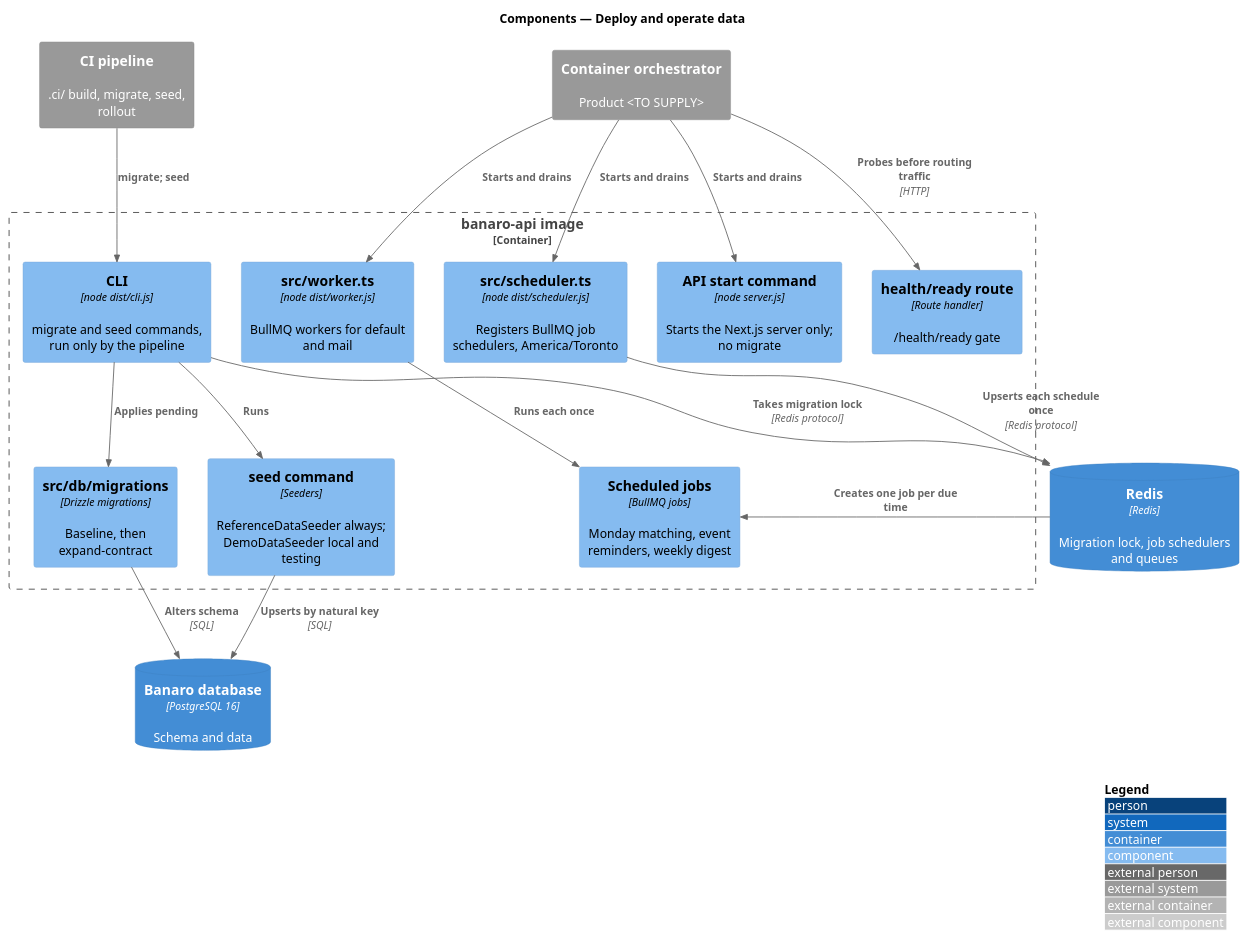
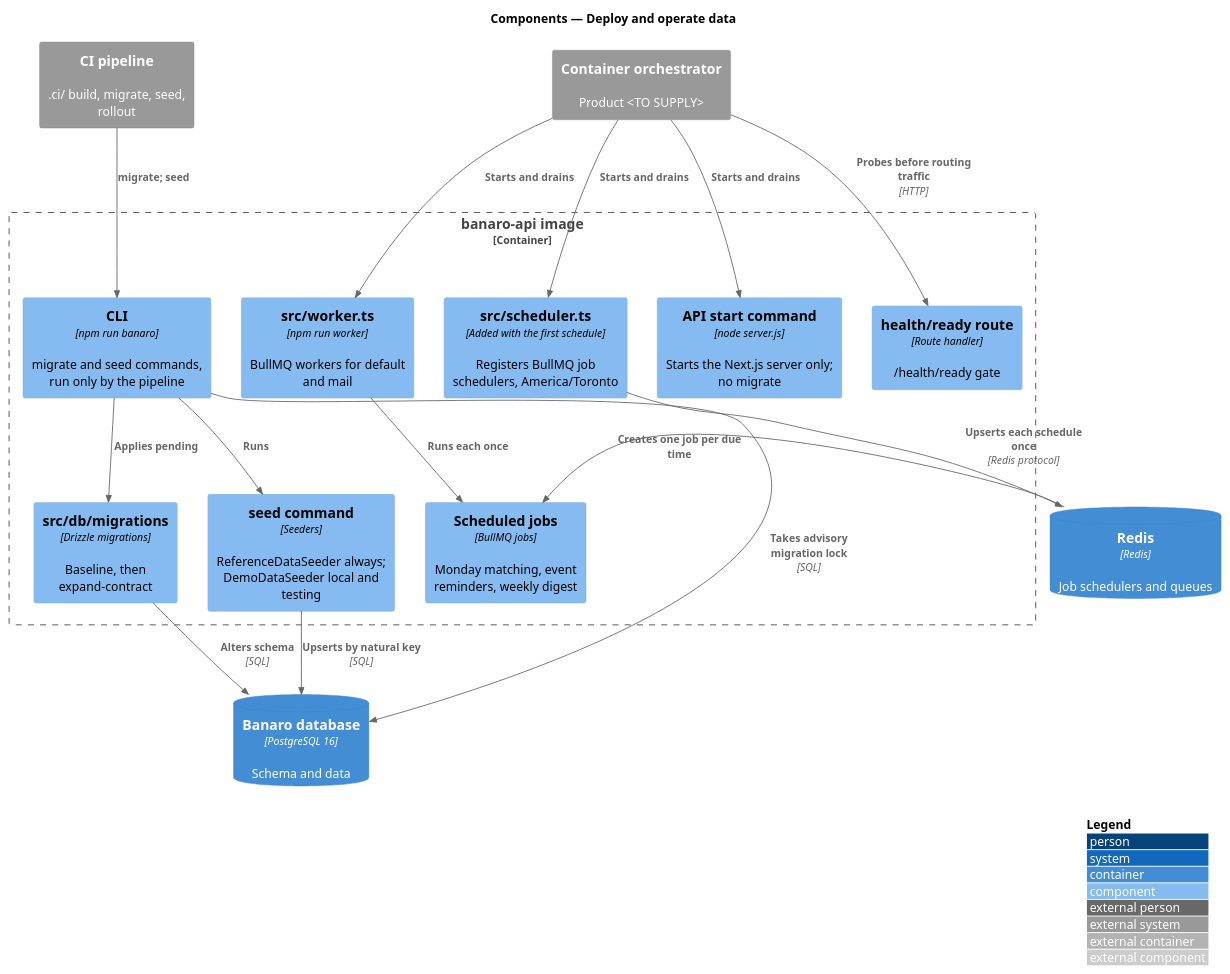
The diagram in docs/detailed-designs/operations/deploy-and-operate-data/diagrams/c4-component.puml (QuinntyneBrown/banaro), drawn with PlantUML before and after one commit. The commit also changed 14 other files, not shown here.

```diff
--- a/docs/detailed-designs/operations/deploy-and-operate-data/diagrams/c4-component.puml
+++ b/docs/detailed-designs/operations/deploy-and-operate-data/diagrams/c4-component.puml
@@ -1,35 +1,35 @@
 @startuml
 !include <C4/C4_Component>
 LAYOUT_WITH_LEGEND()
 title Components — Deploy and operate data
 
 System_Ext(pipeline, "CI pipeline", ".ci/ build, migrate, seed, rollout")
 System_Ext(orchestrator, "Container orchestrator", "Product <TO SUPPLY>")
 ContainerDb(db, "Banaro database", "PostgreSQL 16", "Schema and data")
-ContainerDb(redis, "Redis", "Redis", "Migration lock, job schedulers and queues")
+ContainerDb(redis, "Redis", "Redis", "Job schedulers and queues")
 
 Container_Boundary(image, "banaro-api image") {
   Component(apiCmd, "API start command", "node server.js", "Starts the Next.js server only; no migrate")
-  Component(cli, "CLI", "node dist/cli.js", "migrate and seed commands, run only by the pipeline")
+  Component(cli, "CLI", "npm run banaro", "migrate and seed commands, run only by the pipeline")
   Component(migrations, "src/db/migrations", "Drizzle migrations", "Baseline, then expand-contract")
   Component(seeder, "seed command", "Seeders", "ReferenceDataSeeder always; DemoDataSeeder local and testing")
   Component(ready, "health/ready route", "Route handler", "/health/ready gate")
-  Component(scheduler, "src/scheduler.ts", "node dist/scheduler.js", "Registers BullMQ job schedulers, America/Toronto")
-  Component(worker, "src/worker.ts", "node dist/worker.js", "BullMQ workers for default and mail")
+  Component(scheduler, "src/scheduler.ts", "Added with the first schedule", "Registers BullMQ job schedulers, America/Toronto")
+  Component(worker, "src/worker.ts", "npm run worker", "BullMQ workers for default and mail")
   Component(jobs, "Scheduled jobs", "BullMQ jobs", "Monday matching, event reminders, weekly digest")
 }
 
 Rel(pipeline, cli, "migrate; seed")
 Rel(cli, migrations, "Applies pending")
 Rel(cli, seeder, "Runs")
-Rel(cli, redis, "Takes migration lock", "Redis protocol")
+Rel(cli, db, "Takes advisory migration lock", "SQL")
 Rel(migrations, db, "Alters schema", "SQL")
 Rel(seeder, db, "Upserts by natural key", "SQL")
 Rel(orchestrator, apiCmd, "Starts and drains")
 Rel(orchestrator, ready, "Probes before routing traffic", "HTTP")
 Rel(orchestrator, scheduler, "Starts and drains")
 Rel(orchestrator, worker, "Starts and drains")
 Rel(scheduler, redis, "Upserts each schedule once", "Redis protocol")
 Rel(redis, jobs, "Creates one job per due time")
 Rel(worker, jobs, "Runs each once")
 @enduml
```
